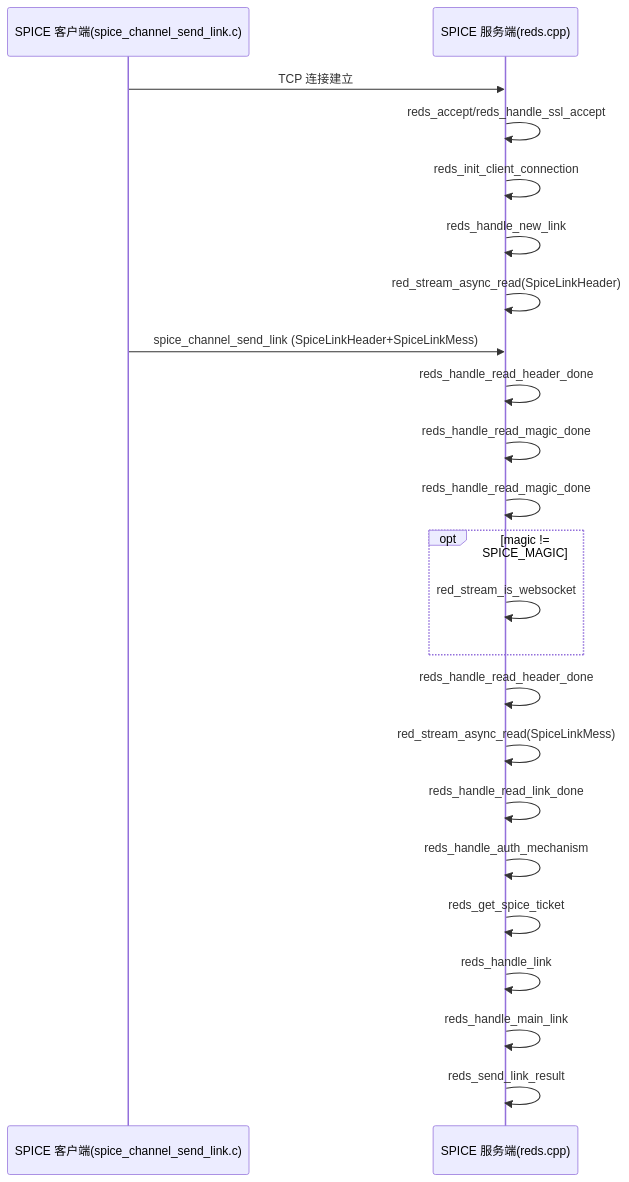
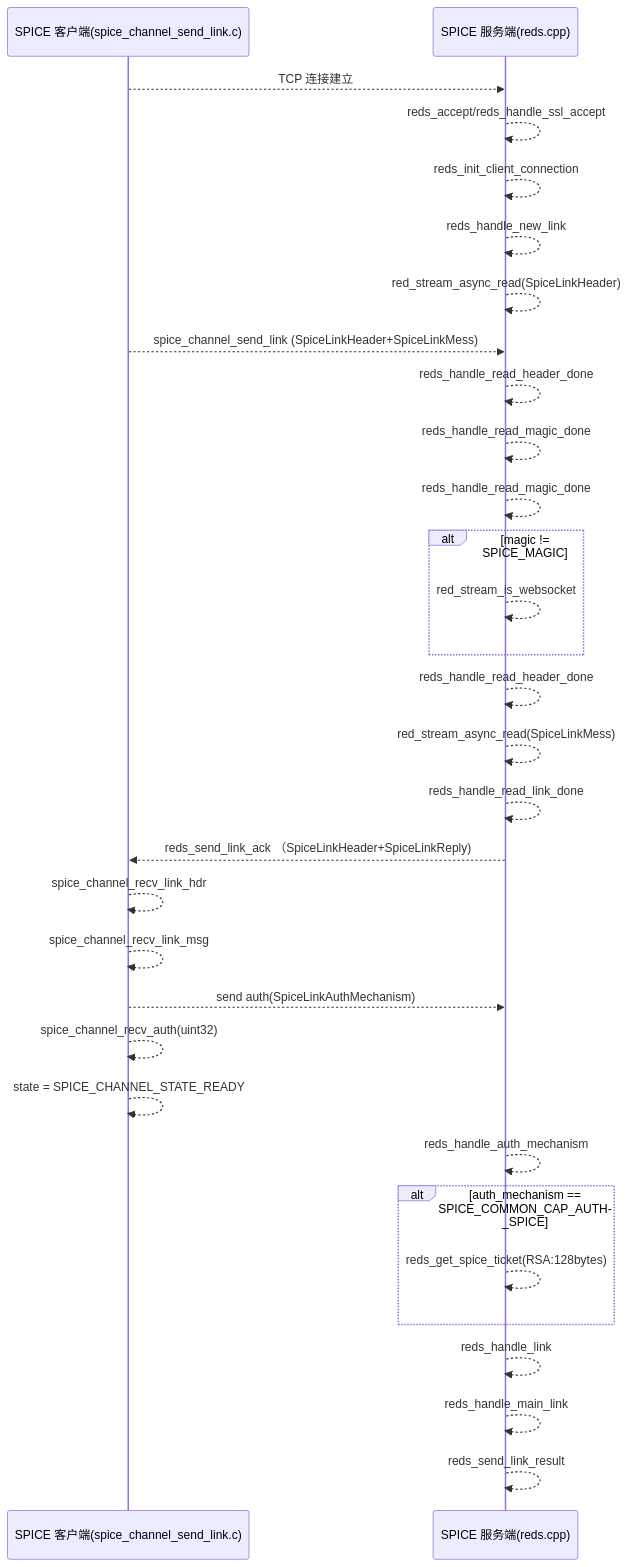
One commit to letsdemo/spice changed the second of 2 diagrams in 连接.md. Above: the diagram before and after it, drawn with Mermaid. The commit also changed 11 other files, not shown here.

````diff
--- a/连接.md
+++ b/连接.md
@@ -72,32 +72,47 @@
 ```mermaid
 sequenceDiagram
   participant Client as SPICE 客户端(spice_channel_send_link.c)
   participant Server as SPICE 服务端(reds.cpp)
 
-    Client->>Server: TCP 连接建立
-    Server->>Server: reds_accept/reds_handle_ssl_accept
-    Server->>Server: reds_init_client_connection
-    Server->>Server: reds_handle_new_link 
+    Client-->>Server: TCP 连接建立
+    Server-->>Server: reds_accept/reds_handle_ssl_accept
+    Server-->>Server: reds_init_client_connection
+    Server-->>Server: reds_handle_new_link 
     
-    Server->>Server: red_stream_async_read(SpiceLinkHeader)
+    Server-->>Server: red_stream_async_read(SpiceLinkHeader)
 
-    Client->>Server: spice_channel_send_link (SpiceLinkHeader+SpiceLinkMess)
+    Client-->>Server: spice_channel_send_link (SpiceLinkHeader+SpiceLinkMess)
 
-    Server->>Server: reds_handle_read_header_done
-    Server->>Server: reds_handle_read_magic_done
+    Server-->>Server: reds_handle_read_header_done
+    Server-->>Server: reds_handle_read_magic_done
 
-    Server->>Server: reds_handle_read_magic_done 
-    opt magic != SPICE_MAGIC
-        Server->>Server: red_stream_is_websocket
+    Server-->>Server: reds_handle_read_magic_done 
+    alt magic != SPICE_MAGIC
+        Server-->>Server: red_stream_is_websocket
     end
 
-    Server->>Server: reds_handle_read_header_done
-    Server->>Server: red_stream_async_read(SpiceLinkMess)
-    Server->>Server: reds_handle_read_link_done
-    Server->>Server: reds_handle_auth_mechanism
-    Server->>Server: reds_get_spice_ticket
+    Server-->>Server: reds_handle_read_header_done
+    Server-->>Server: red_stream_async_read(SpiceLinkMess)
+    Server-->>Server: reds_handle_read_link_done
+    Server-->>Client: reds_send_link_ack （SpiceLinkHeader+SpiceLinkReply)
 
-    Server->>Server: reds_handle_link
-    Server->>Server: reds_handle_main_link
-    Server->>Server: reds_send_link_result
+
+    Client-->>Client: spice_channel_recv_link_hdr
+
+    Client-->>Client: spice_channel_recv_link_msg
+    Client-->>Server: send auth(SpiceLinkAuthMechanism)
+    
+    Client-->>Client: spice_channel_recv_auth(uint32)
+    Client-->>Client: state = SPICE_CHANNEL_STATE_READY
+    
+
+    Server-->>Server: reds_handle_auth_mechanism
+
+    alt auth_mechanism == SPICE_COMMON_CAP_AUTH_SPICE
+        Server-->>Server: reds_get_spice_ticket(RSA:128bytes)
+    end    
+
+    Server-->>Server: reds_handle_link
+    Server-->>Server: reds_handle_main_link
+    Server-->>Server: reds_send_link_result
 ```
````
